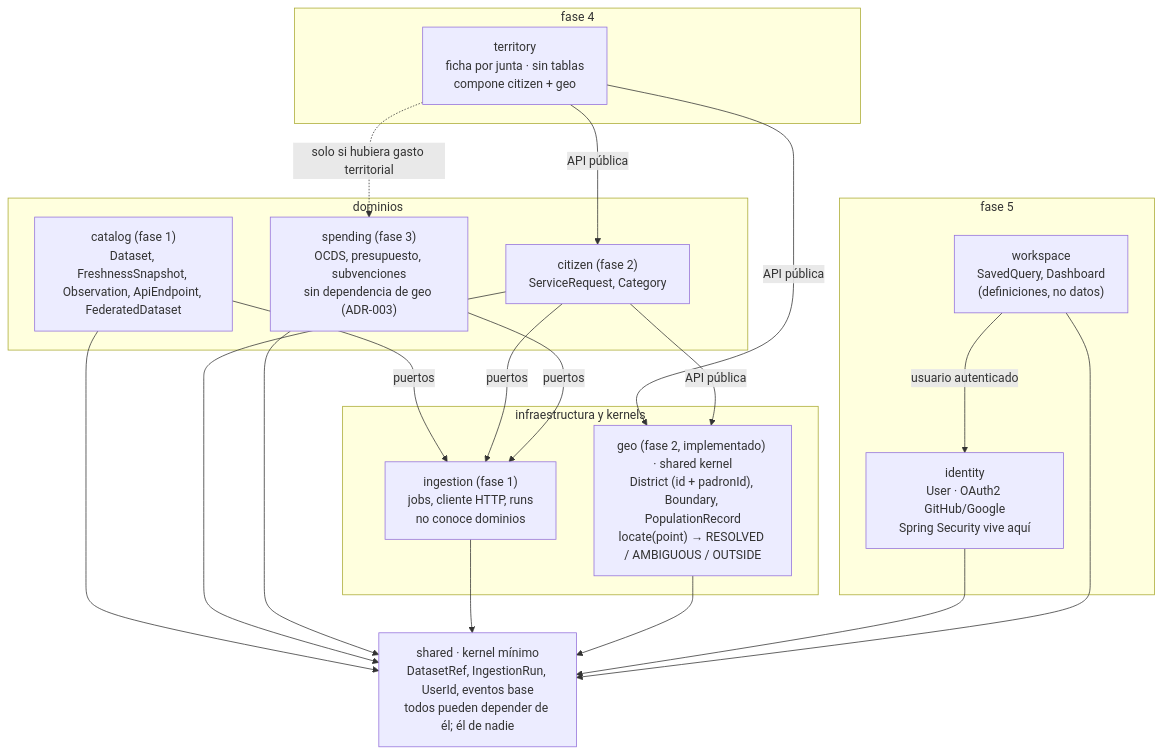
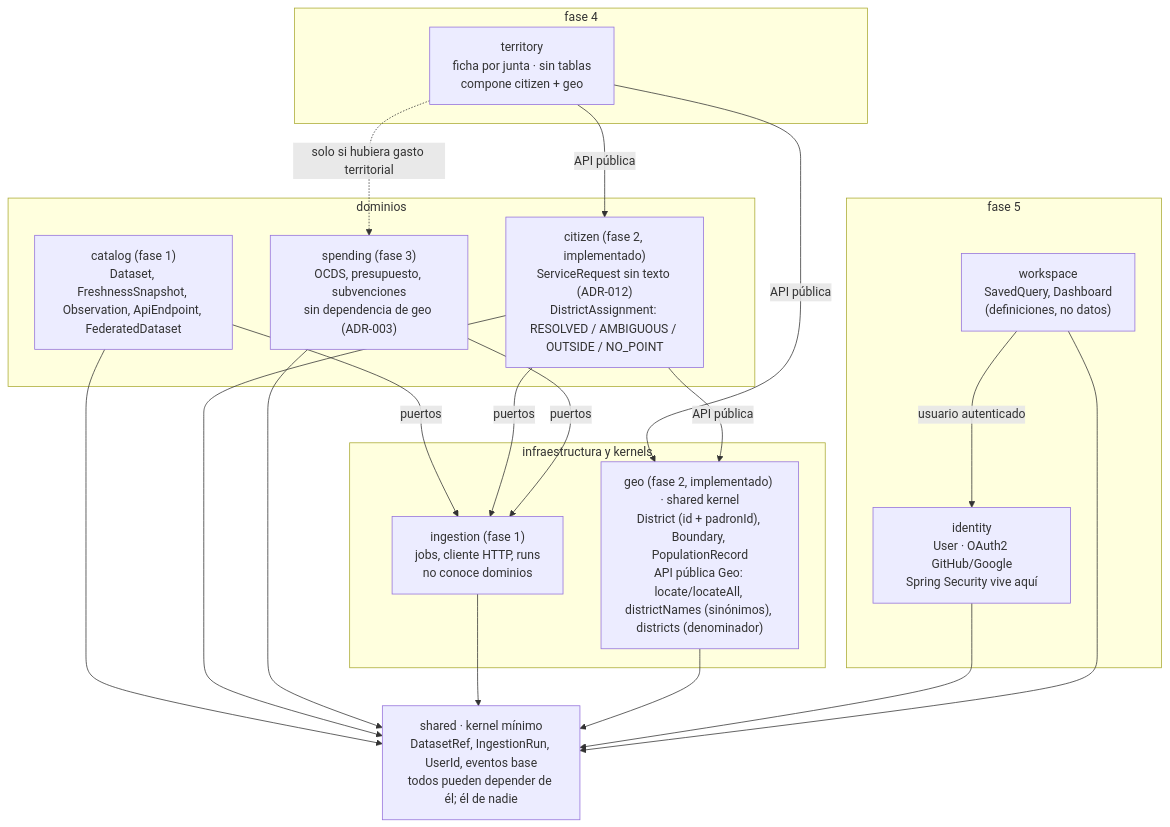
Before and after one commit to MarioNaya/zaragoza-observatorio: the second of 3 diagrams in docs/arquitectura.md, drawn with Mermaid. The commit also changed other lines of this file and 15 other files, not shown here.

````diff
--- a/docs/arquitectura.md
+++ b/docs/arquitectura.md
@@ -67,30 +69,30 @@
 ```mermaid
 flowchart TB
   subgraph F5["fase 5"]
     WS["workspace<br/>SavedQuery, Dashboard<br/>(definiciones, no datos)"]
     ID["identity<br/>User · OAuth2 GitHub/Google<br/>Spring Security vive aquí"]
   end
   subgraph F4["fase 4"]
     TER["territory<br/>ficha por junta · sin tablas<br/>compone citizen + geo"]
   end
   subgraph DOM["dominios"]
     CATM["catalog (fase 1)<br/>Dataset, FreshnessSnapshot, Observation, ApiEndpoint, FederatedDataset"]
-    CIT["citizen (fase 2)<br/>ServiceRequest, Category"]
+    CIT["citizen (fase 2, implementado)<br/>ServiceRequest sin texto (ADR-012)<br/>DistrictAssignment: RESOLVED / AMBIGUOUS / OUTSIDE / NO_POINT"]
     SPE["spending (fase 3)<br/>OCDS, presupuesto, subvenciones<br/>sin dependencia de geo (ADR-003)"]
   end
   subgraph INFRA["infraestructura y kernels"]
     INGM["ingestion (fase 1)<br/>jobs, cliente HTTP, runs<br/>no conoce dominios"]
-    GEO["geo (fase 2, implementado) · shared kernel<br/>District (id + padronId), Boundary, PopulationRecord<br/>locate(point) → RESOLVED / AMBIGUOUS / OUTSIDE"]
+    GEO["geo (fase 2, implementado) · shared kernel<br/>District (id + padronId), Boundary, PopulationRecord<br/>API pública Geo: locate/locateAll, districtNames (sinónimos), districts (denominador)"]
   end
   SH["shared · kernel mínimo<br/>DatasetRef, IngestionRun, UserId, eventos base<br/>todos pueden depender de él; él de nadie"]
 
   WS -- "usuario autenticado" --> ID
   TER -- "API pública" --> CIT
   TER -- "API pública" --> GEO
   TER -. "solo si hubiera gasto territorial" .-> SPE
   CATM -- "puertos" --> INGM
   CIT -- "puertos" --> INGM
   SPE -- "puertos" --> INGM
   CIT -- "API pública" --> GEO
   CATM & CIT & SPE & INGM & GEO & ID & WS --> SH
 ```
````
